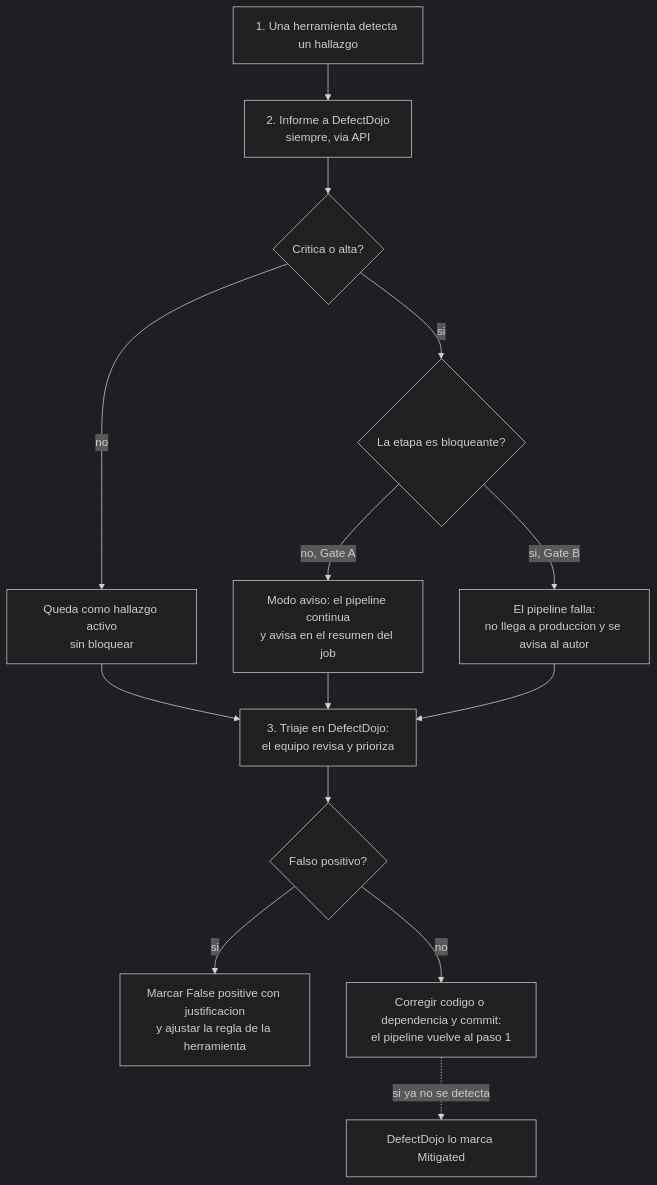
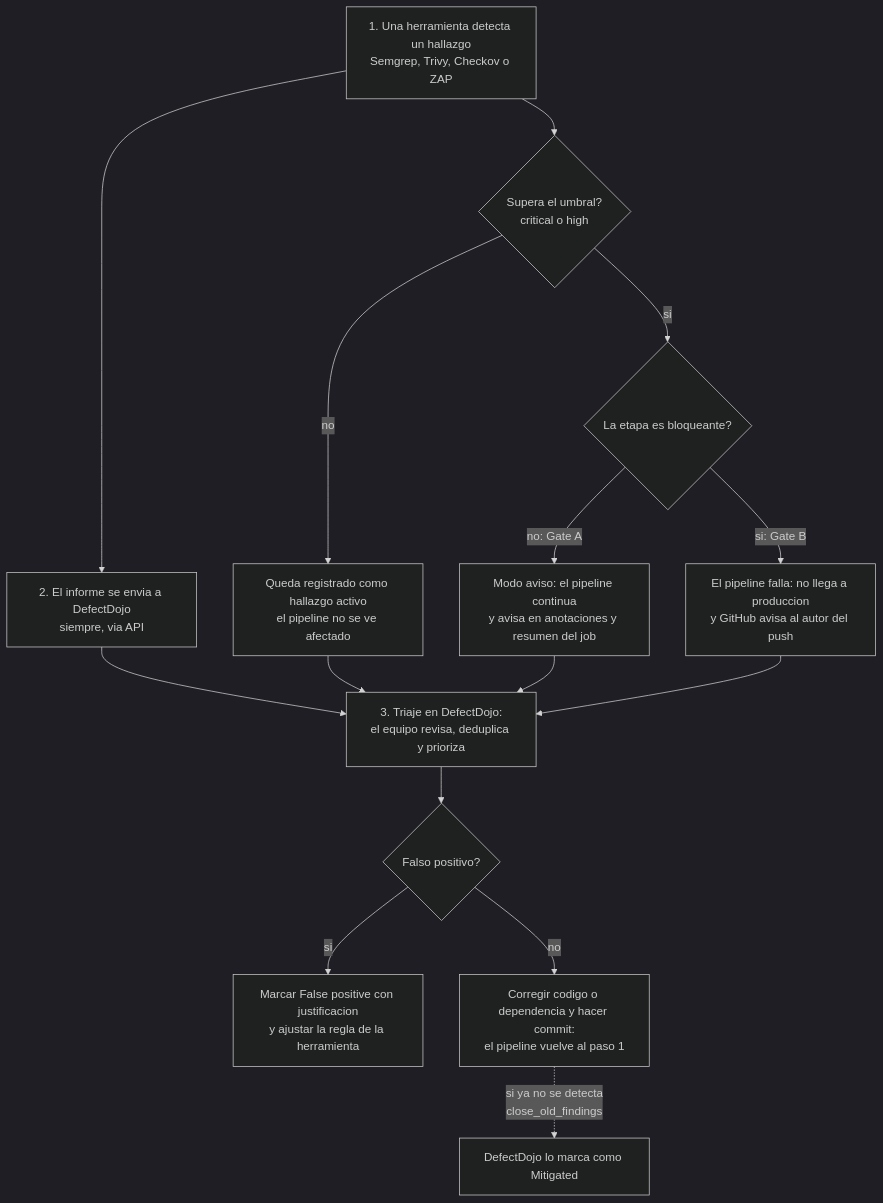
One commit to by6km/PAI_4 changed the diagram in docs/diagrama-flujo.mmd. Above: the diagram before and after it, drawn with Mermaid (dark theme). The commit also changed 3 other files, not shown here.

Commit message:
cambio diagramas

```diff
--- a/docs/diagrama-flujo.mmd
+++ b/docs/diagrama-flujo.mmd
@@ -1,14 +1,15 @@
 flowchart TD
-  A[1. Una herramienta detecta un hallazgo] --> B[2. Informe a DefectDojo<br/>siempre, via API]
-  B --> C{Critica o alta?}
-  C -- no --> D[Queda como hallazgo activo<br/>sin bloquear]
-  C -- si --> E{La etapa es bloqueante?}
-  E -- no, Gate A --> F[Modo aviso: el pipeline continua<br/>y avisa en el resumen del job]
-  E -- si, Gate B --> G[El pipeline falla:<br/>no llega a produccion y se avisa al autor]
-  D --> H[3. Triaje en DefectDojo:<br/>el equipo revisa y prioriza]
+  A["1. Una herramienta detecta un hallazgo<br/>Semgrep, Trivy, Checkov o ZAP"] --> B["2. El informe se envia a DefectDojo<br/>siempre, via API"]
+  A --> C{"Supera el umbral?<br/>critical o high"}
+  C -- no --> D["Queda registrado como hallazgo activo<br/>el pipeline no se ve afectado"]
+  C -- si --> E{"La etapa es bloqueante?"}
+  E -- "no: Gate A" --> F["Modo aviso: el pipeline continua<br/>y avisa en anotaciones y resumen del job"]
+  E -- "si: Gate B" --> G["El pipeline falla: no llega a produccion<br/>y GitHub avisa al autor del push"]
+  B --> H
+  D --> H
   F --> H
   G --> H
-  H --> I{Falso positivo?}
-  I -- si --> J[Marcar False positive con justificacion<br/>y ajustar la regla de la herramienta]
-  I -- no --> K[Corregir codigo o dependencia y commit:<br/>el pipeline vuelve al paso 1]
-  K -.si ya no se detecta.-> L[DefectDojo lo marca Mitigated]
+  H["3. Triaje en DefectDojo:<br/>el equipo revisa, deduplica y prioriza"] --> I{"Falso positivo?"}
+  I -- si --> J["Marcar False positive con justificacion<br/>y ajustar la regla de la herramienta"]
+  I -- no --> K["Corregir codigo o dependencia y hacer commit:<br/>el pipeline vuelve al paso 1"]
+  K -. "si ya no se detecta<br/>close_old_findings" .-> L["DefectDojo lo marca como Mitigated"]
```
